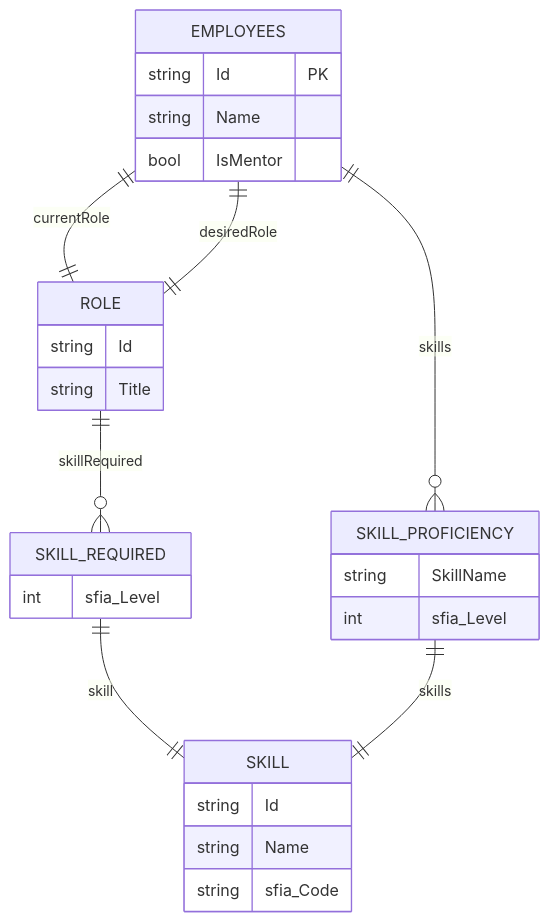
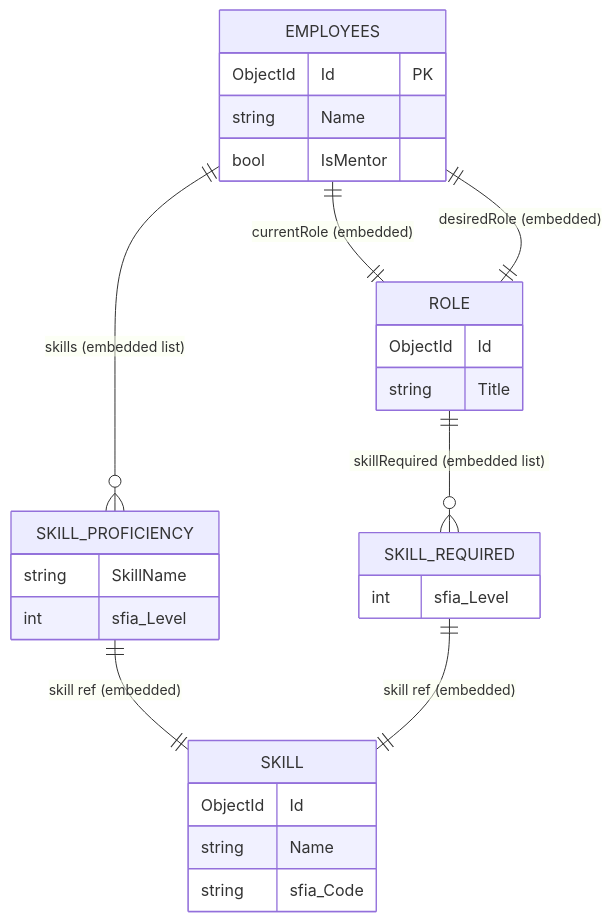
One commit to Shotza247/GraphQL-Server-SetUp.Net changed the first of 8 diagrams in README.md. Above: the diagram before and after it, drawn with Mermaid. The commit also changed other lines of this file, not shown here.

````diff
--- a/README.md
+++ b/README.md
@@ -71,35 +74,31 @@
 ```mermaid
 erDiagram
     EMPLOYEES {
-        string Id PK
+        ObjectId Id PK
         string Name
         bool IsMentor
     }
-
     ROLE {
-        string Id
+        ObjectId Id
         string Title
     }
-
     SKILL {
-        string Id
+        ObjectId Id
         string Name
         string sfia_Code
     }
-
+    SKILL_PROFICIENCY {
+        string SkillName
+        int sfia_Level
+    }
     SKILL_REQUIRED {
         int sfia_Level
     }
 
-    SKILL_PROFICIENCY {
-        string SkillName
-        int sfia_Level
-    }
-
-    EMPLOYEES ||--|| ROLE : "currentRole"
-    EMPLOYEES ||--|| ROLE : "desiredRole"
-    EMPLOYEES ||--o{ SKILL_PROFICIENCY : "skills"
-    ROLE ||--o{ SKILL_REQUIRED : "skillRequired"
-    SKILL_REQUIRED ||--|| SKILL : "skill"
-    SKILL_PROFICIENCY ||--|| SKILL : "skills"
+    EMPLOYEES ||--|| ROLE : "currentRole (embedded)"
+    EMPLOYEES ||--|| ROLE : "desiredRole (embedded)"
+    EMPLOYEES ||--o{ SKILL_PROFICIENCY : "skills (embedded list)"
+    SKILL_PROFICIENCY ||--|| SKILL : "skill ref (embedded)"
+    ROLE ||--o{ SKILL_REQUIRED : "skillRequired (embedded list)"
+    SKILL_REQUIRED ||--|| SKILL : "skill ref (embedded)"
 ```
````
